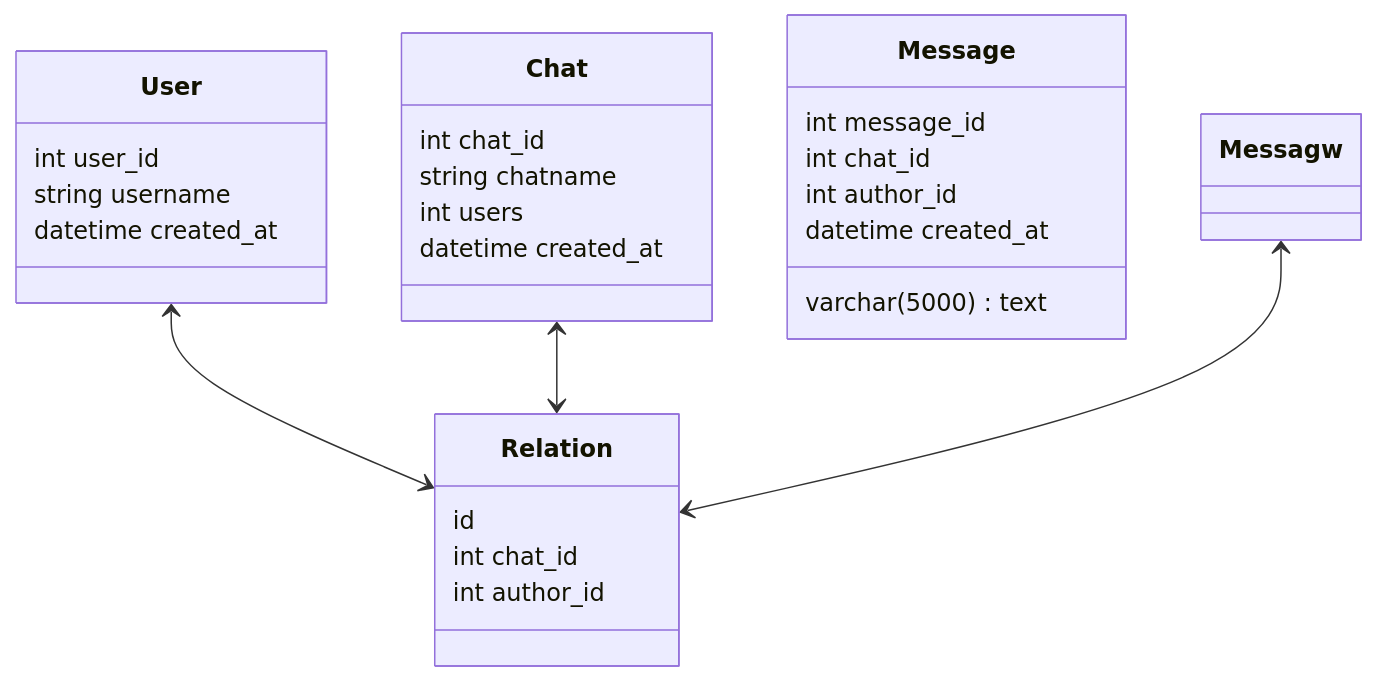
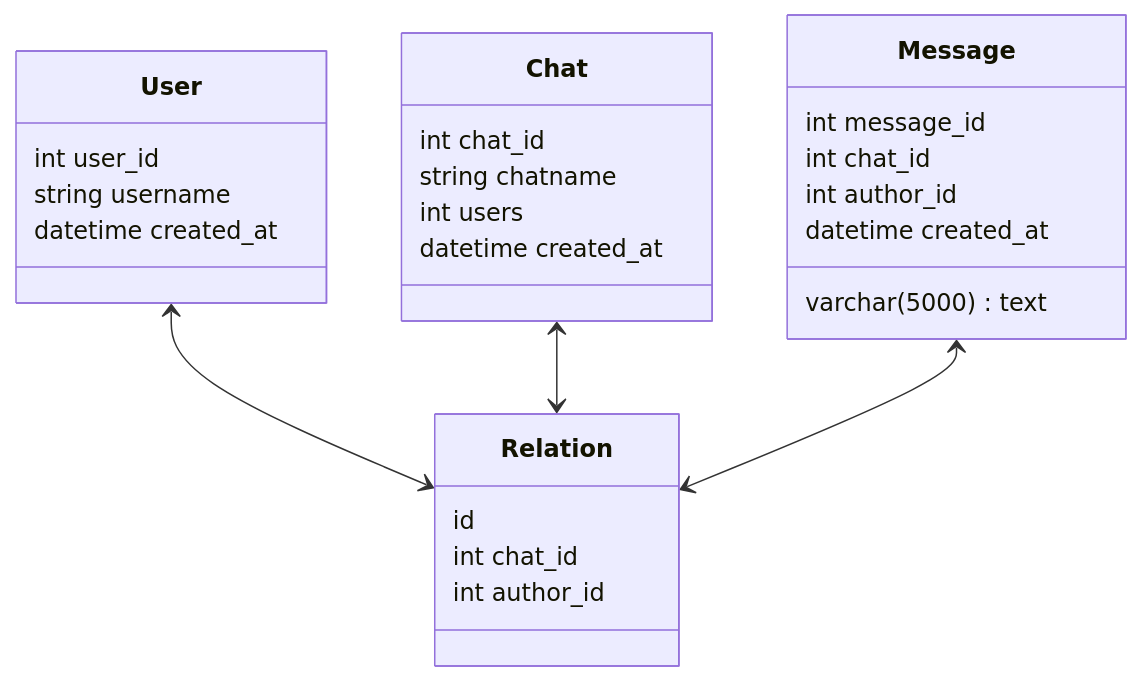
Before and after one commit to Tatarochka52/-hats-HTTP-API: the diagram in README.md, drawn with Mermaid.

````diff
--- a/README.md
+++ b/README.md
@@ -13,31 +13,31 @@
 ```mermaid
 
 classDiagram  
     class User  
     User : int user_id  
     User : string username  
     User : datetime created_at  
     
     class Chat  
     Chat : int chat_id  
     Chat : string chatname  
     Chat : int users  
     Chat : datetime created_at 
     
     class Message  
     Message : int message_id  
     Message : int chat_id  
     Message : int author_id  
     Message : varchar(5000) text  
     Message : datetime created_at
     
     class Relation  
     Relation : id
     Relation : int chat_id  
     Relation : int author_id
     
     User <--> Relation  
     Chat <--> Relation 
-    Messagw <--> Relation
+    Message <--> Relation
 
 ```
````
